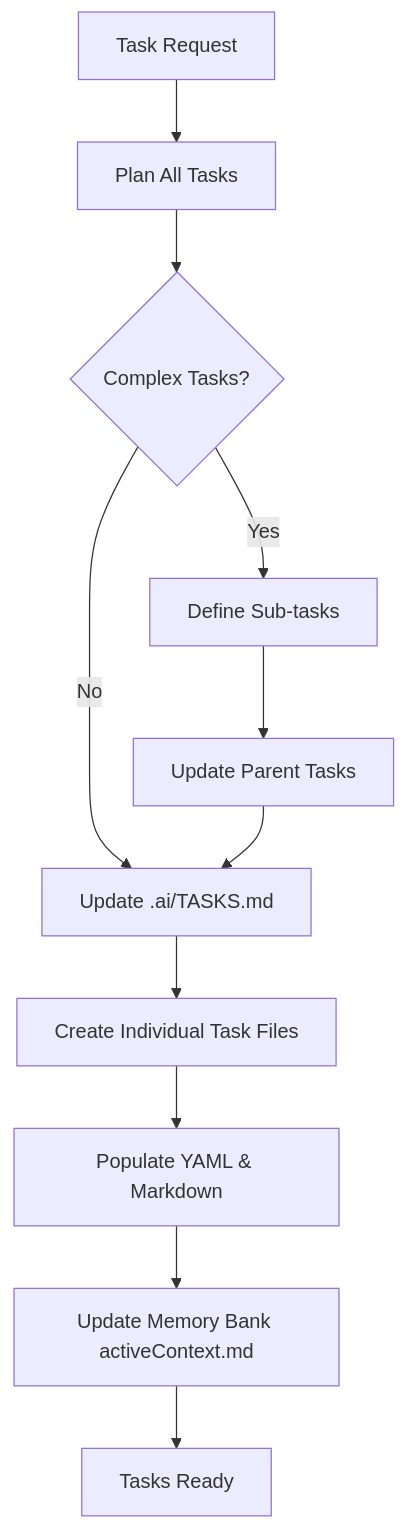
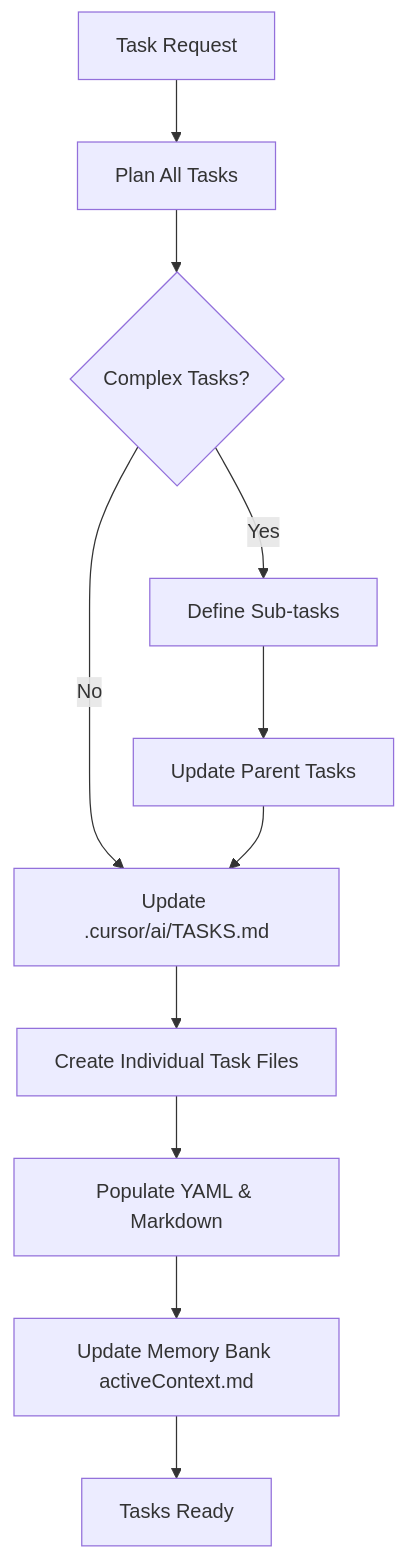
Before and after one commit to louisfghbvc/task-management-memory-system: the seventh of 17 diagrams in .cursor/rules/unified-workflow.md, drawn with Mermaid. The commit also changed other lines of this file and 11 other files, not shown here.

````diff
--- a/.cursor/rules/unified-workflow.md
+++ b/.cursor/rules/unified-workflow.md
@@ -129,16 +159,16 @@
 ```mermaid
 flowchart TD
     TaskReq[Task Request] --> PlanTasks[Plan All Tasks]
     PlanTasks --> Expansion{Complex Tasks?}
     
     Expansion -->|Yes| SubTasks[Define Sub-tasks]
-    Expansion -->|No| UpdateMaster[Update .ai/TASKS.md]
+    Expansion -->|No| UpdateMaster[Update .cursor/ai/TASKS.md]
     
     SubTasks --> ParentTasks[Update Parent Tasks]
     ParentTasks --> UpdateMaster
     
     UpdateMaster --> CreateFiles[Create Individual Task Files]
     CreateFiles --> PopulateYAML[Populate YAML & Markdown]
     PopulateYAML --> SyncMB[Update Memory Bank activeContext.md]
     SyncMB --> Ready[Tasks Ready]
 ```
````
